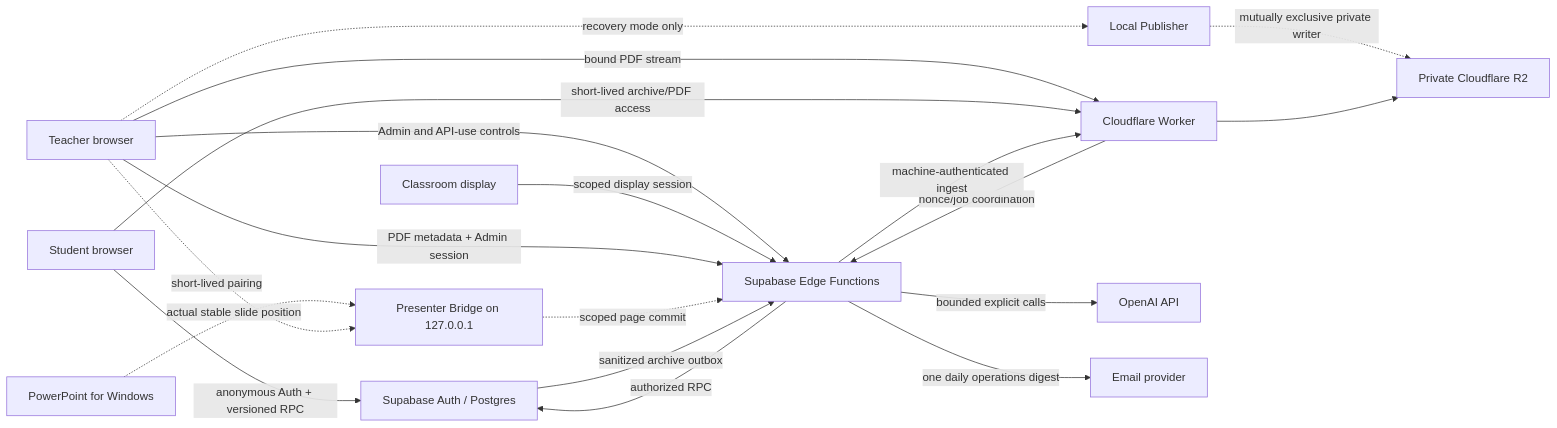
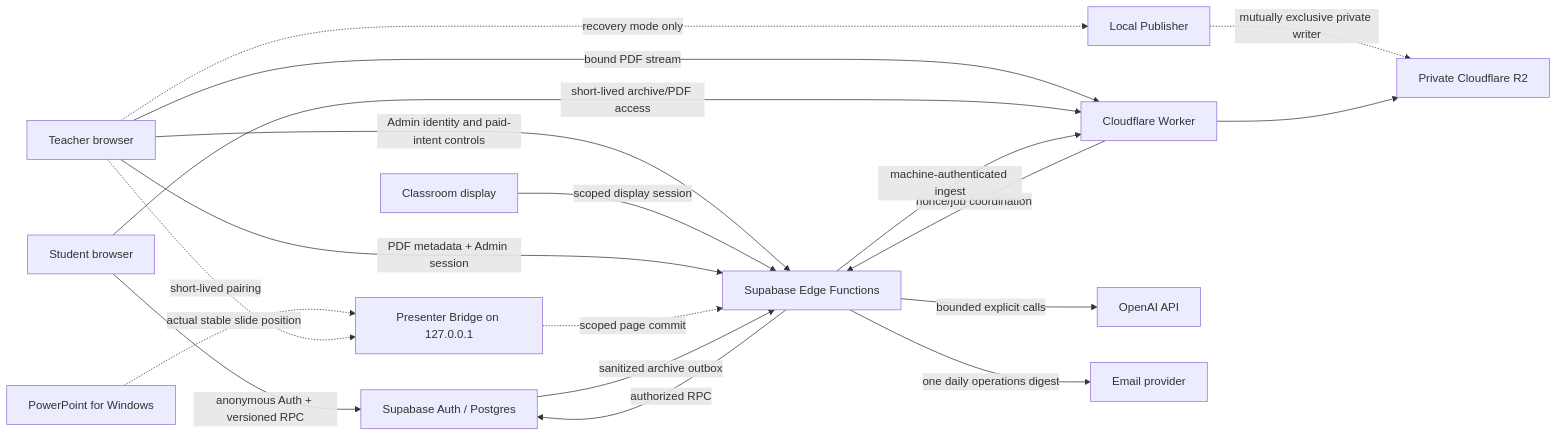
Before and after one commit to genellect/compass-interactive: the diagram in docs/architecture.md, drawn with Mermaid. The commit also changed other lines of this file and 11 other files, not shown here.

````diff
--- a/docs/architecture.md
+++ b/docs/architecture.md
@@ -25,23 +25,23 @@
 ```mermaid
 flowchart LR
   Student["Student browser"] -->|"anonymous Auth + versioned RPC"| Supabase["Supabase Auth / Postgres"]
-  Teacher["Teacher browser"] -->|"Admin and API-use controls"| Edge["Supabase Edge Functions"]
+  Teacher["Teacher browser"] -->|"Admin identity and paid-intent controls"| Edge["Supabase Edge Functions"]
   Display["Classroom display"] -->|"scoped display session"| Edge
   Edge -->|"authorized RPC"| Supabase
 
   Teacher -->|"PDF metadata + Admin session"| Edge
   Teacher -->|"bound PDF stream"| Worker
   Worker -->|"nonce/job coordination"| Edge
   Teacher -.->|"recovery mode only"| Publisher["Local Publisher"]
   Publisher -.->|"mutually exclusive private writer"| R2["Private Cloudflare R2"]
   PowerPoint["PowerPoint for Windows"] -.->|"actual stable slide position"| Presenter["Presenter Bridge on 127.0.0.1"]
   Teacher -.->|"short-lived pairing"| Presenter
   Presenter -.->|"scoped page commit"| Edge
   Student -->|"short-lived archive/PDF access"| Worker["Cloudflare Worker"]
   Worker --> R2
 
   Edge -->|"bounded explicit calls"| OpenAI["OpenAI API"]
   Edge -->|"one daily operations digest"| Email["Email provider"]
   Supabase -->|"sanitized archive outbox"| Edge
   Edge -->|"machine-authenticated ingest"| Worker
 ```
````
